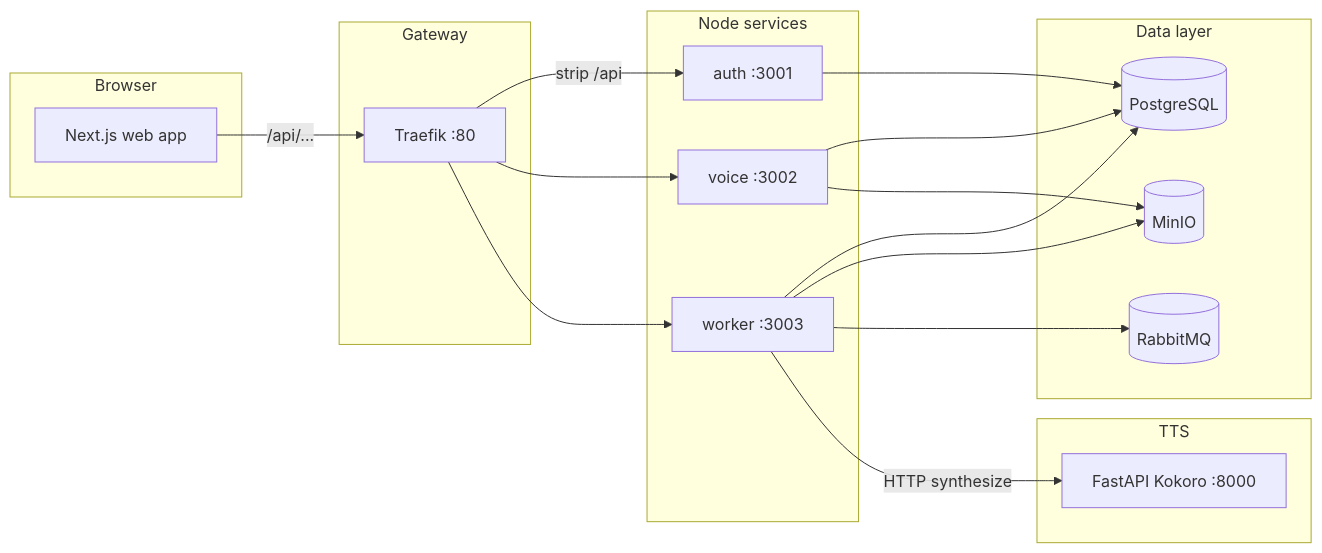
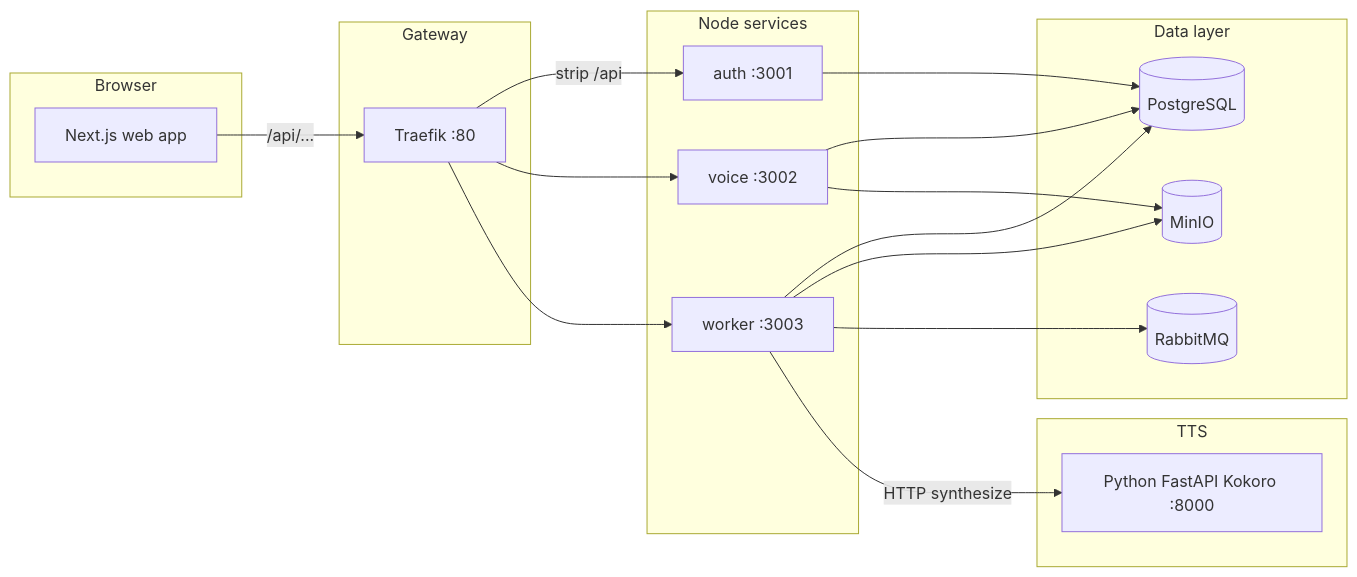
One commit to chukshon/text-voice-ai-platform changed the diagram in README.md. Above: the diagram before and after it, drawn with Mermaid.

Commit message:
update TTS label

````diff
--- a/README.md
+++ b/README.md
@@ -82,38 +82,38 @@
 ```mermaid
 flowchart LR
   subgraph browser [Browser]
     Web[Next.js web app]
   end
 
   subgraph edge [Gateway]
     Traefik[Traefik :80]
   end
 
   subgraph node [Node services]
     Auth[auth :3001]
     Voice[voice :3002]
     Worker[worker :3003]
   end
 
   subgraph data [Data layer]
     PG[(PostgreSQL)]
     MinIO[(MinIO)]
     RMQ[(RabbitMQ)]
   end
 
   subgraph ai [TTS]
-    TTS[FastAPI Kokoro :8000]
+    TTS[Python FastAPI Kokoro :8000]
   end
 
   Web -->|"/api/..."| Traefik
   Traefik -->|strip /api| Auth
   Traefik --> Voice
   Traefik --> Worker
   Auth --> PG
   Voice --> PG
   Voice --> MinIO
   Worker --> PG
   Worker --> MinIO
   Worker --> RMQ
   Worker -->|HTTP synthesize| TTS
 ```
````
